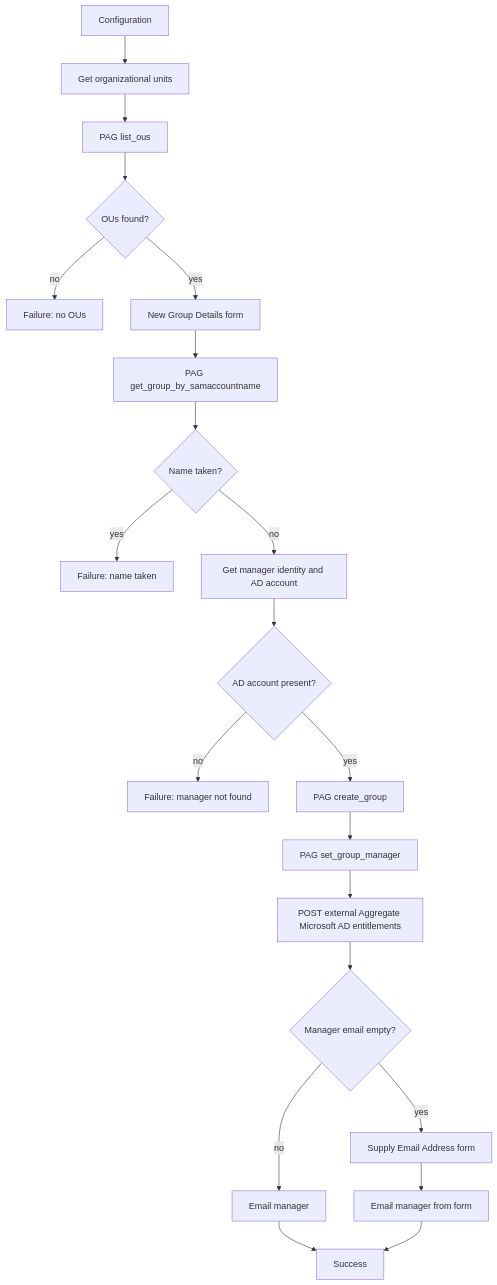
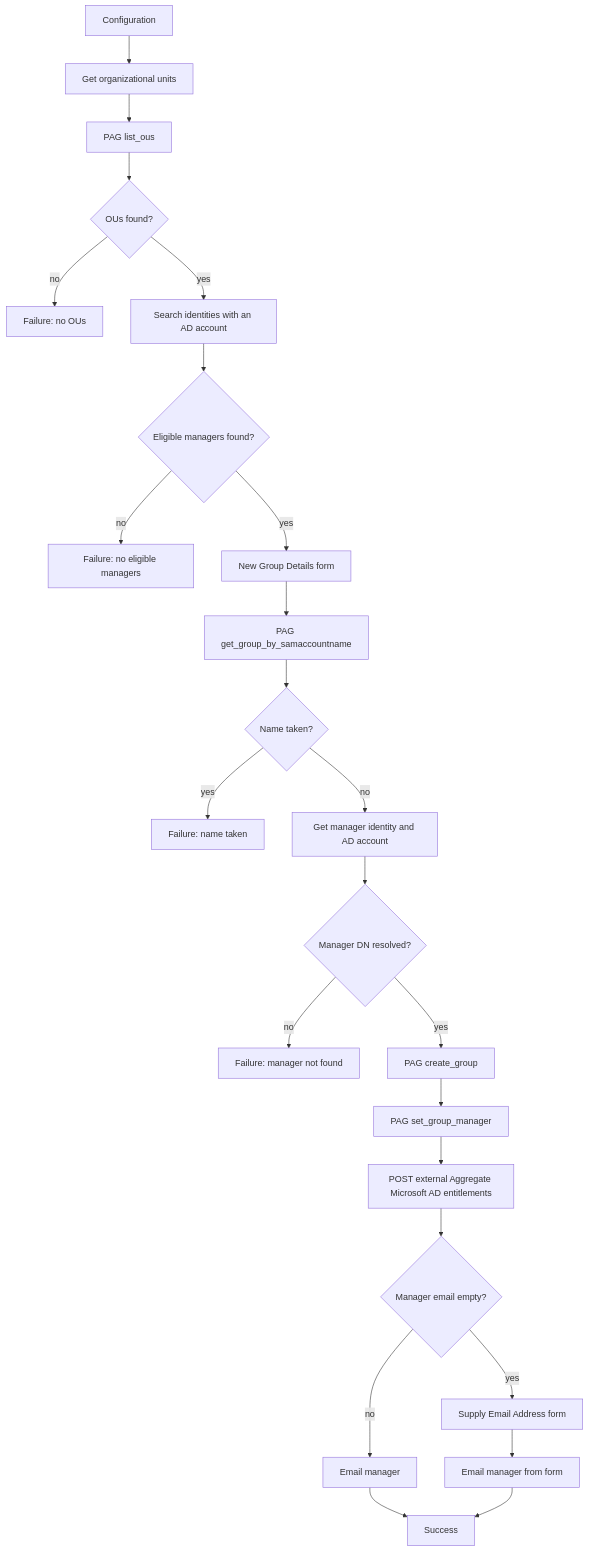
The first of 2 diagrams in ISC/Active Directory Privileged Tasks/README.md (fernando-delosrios-sp/sailpoint-utils), drawn with Mermaid before and after one commit. The commit also changed other lines of this file and 2 other files, not shown here.

First line of the commit message:
fix(ad-privileged-tasks): resolve group manager DN from the AD source

````diff
--- a/ISC/Active Directory Privileged Tasks/README.md
+++ b/ISC/Active Directory Privileged Tasks/README.md
@@ -45,23 +45,26 @@
 ```mermaid
 flowchart TD
   config[Configuration] --> msgOUs[Get organizational units]
   msgOUs --> listOus[PAG list_ous]
   listOus --> hasOUs{OUs found?}
   hasOUs -->|no| failOUs[Failure: no OUs]
-  hasOUs -->|yes| details[New Group Details form]
+  hasOUs -->|yes| mgrs[Search identities with an AD account]
+  mgrs --> hasMgrs{Eligible managers found?}
+  hasMgrs -->|no| failMgrs[Failure: no eligible managers]
+  hasMgrs -->|yes| details[New Group Details form]
   details --> lookup[PAG get_group_by_samaccountname]
   lookup --> taken{Name taken?}
   taken -->|yes| failName[Failure: name taken]
   taken -->|no| getMgr[Get manager identity and AD account]
-  getMgr --> hasAcct{AD account present?}
+  getMgr --> hasAcct{Manager DN resolved?}
   hasAcct -->|no| failMgr[Failure: manager not found]
   hasAcct -->|yes| create[PAG create_group]
   create --> setMgr[PAG set_group_manager]
   setMgr --> agg[POST external Aggregate Microsoft AD entitlements]
   agg --> emailEmpty{Manager email empty?}
   emailEmpty -->|yes| askEmail[Supply Email Address form]
   emailEmpty -->|no| mailAd[Email manager]
   askEmail --> mailForm[Email manager from form]
   mailAd --> success[Success]
   mailForm --> success
 ```
````
